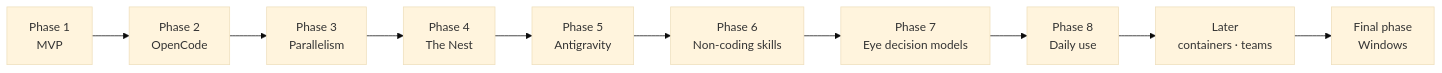
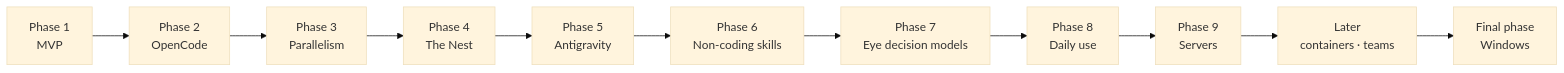
Before and after one commit to ABakdi/Oraknid: the diagram in docs/03-Planning/Roadmap.md, drawn with Mermaid (base theme). The commit also changed other lines of this file and 11 other files, not shown here.

Commit message:
docs: Phase 9, servers: state documents, oraknid-monitor and a terminal, in the canon

````diff
--- a/docs/03-Planning/Roadmap.md
+++ b/docs/03-Planning/Roadmap.md
@@ -7,12 +7,13 @@
 ```mermaid
 flowchart LR
     P1[Phase 1<br/>MVP] --> P2[Phase 2<br/>OpenCode]
     P2 --> P3[Phase 3<br/>Parallelism]
     P3 --> P4[Phase 4<br/>The Nest]
     P4 --> P5[Phase 5<br/>Antigravity]
     P5 --> P6[Phase 6<br/>Non-coding skills]
     P6 --> P7[Phase 7<br/>Eye decision models]
     P7 --> P8[Phase 8<br/>Daily use]
-    P8 --> L[Later<br/>containers · teams]
+    P8 --> P9[Phase 9<br/>Servers]
+    P9 --> L[Later<br/>containers · teams]
     L --> W[Final phase<br/>Windows]
 ```
````
